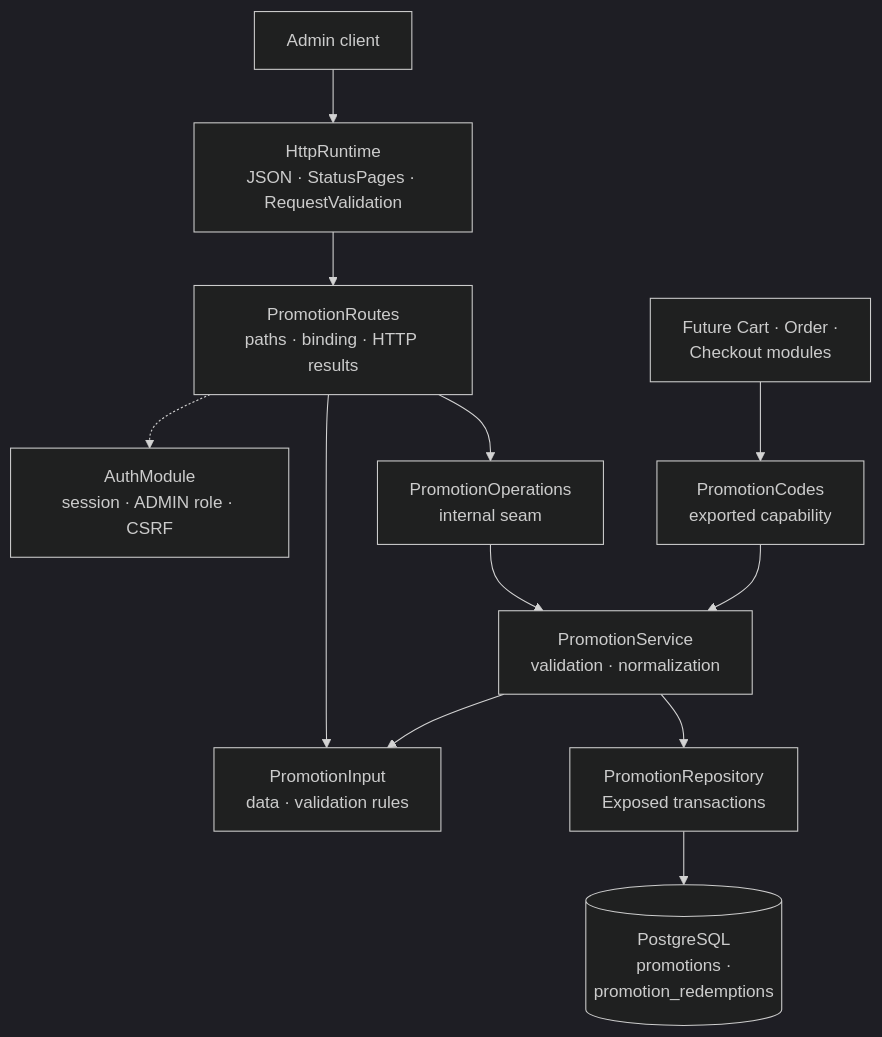
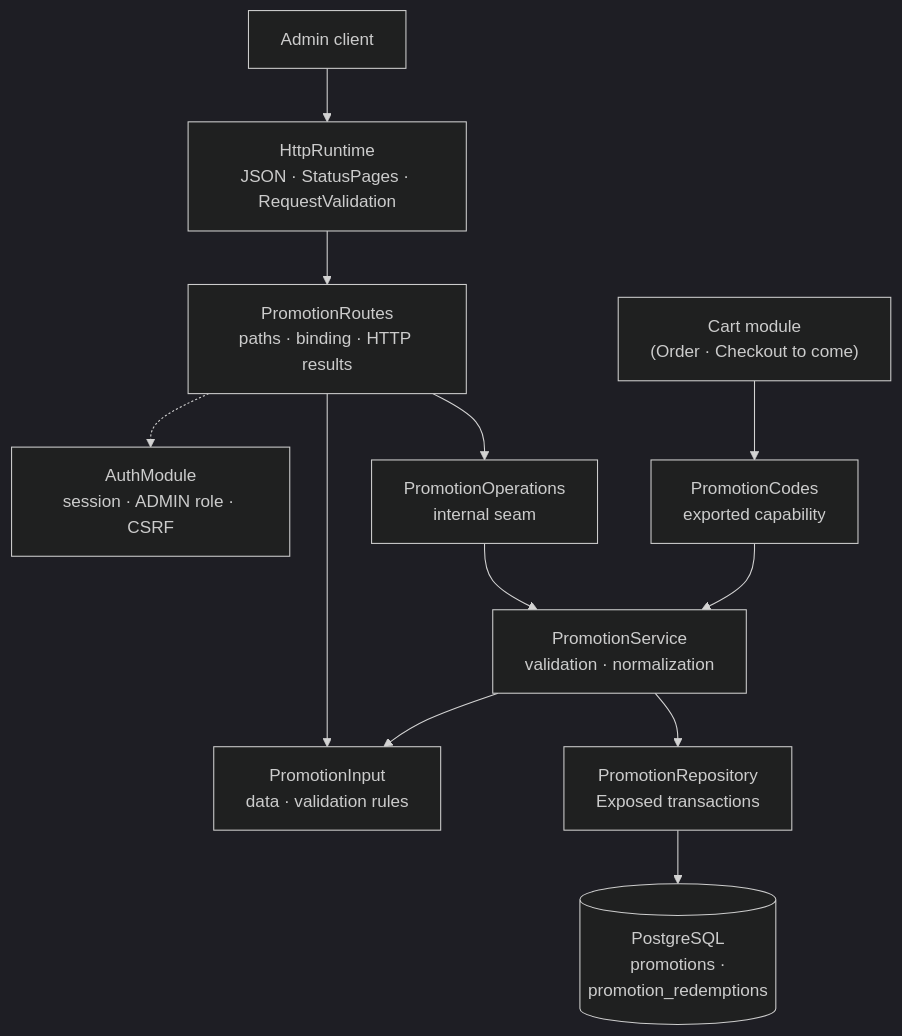
One commit to bitstorm-tech/voenix-shop-kotlin changed the diagram in docs/dev/backend/promotion-package.md. Above: the diagram before and after it, drawn with Mermaid (dark theme). The commit also changed other lines of this file and 18 other files, not shown here.

````diff
--- a/docs/dev/backend/promotion-package.md
+++ b/docs/dev/backend/promotion-package.md
@@ -27,25 +27,25 @@
 ```mermaid
 flowchart TB
     Client["Admin client"]
     Http["HttpRuntime<br/>JSON · StatusPages · RequestValidation"]
     Auth["AuthModule<br/>session · ADMIN role · CSRF"]
     Routes["PromotionRoutes<br/>paths · binding · HTTP results"]
     Input["PromotionInput<br/>data · validation rules"]
     Operations["PromotionOperations<br/>internal seam"]
     Codes["PromotionCodes<br/>exported capability"]
-    Consumer["Future Cart · Order ·<br/>Checkout modules"]
+    Consumer["Cart module<br/>(Order · Checkout to come)"]
     Service["PromotionService<br/>validation · normalization"]
     Repository["PromotionRepository<br/>Exposed transactions"]
     Promotions[("PostgreSQL<br/>promotions ·<br/>promotion_redemptions")]
 
     Client --> Http --> Routes
     Routes -.-> Auth
     Routes --> Input
     Routes --> Operations
     Consumer --> Codes
     Operations --> Service
     Codes --> Service
     Service --> Input
     Service --> Repository
     Repository --> Promotions
 ```
````
